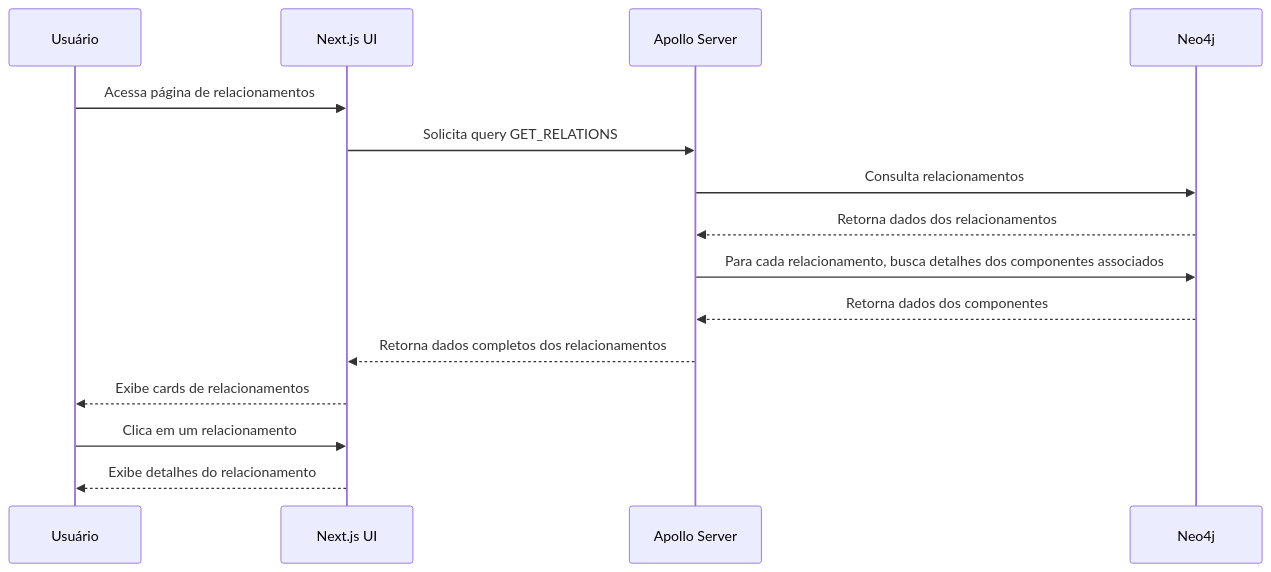
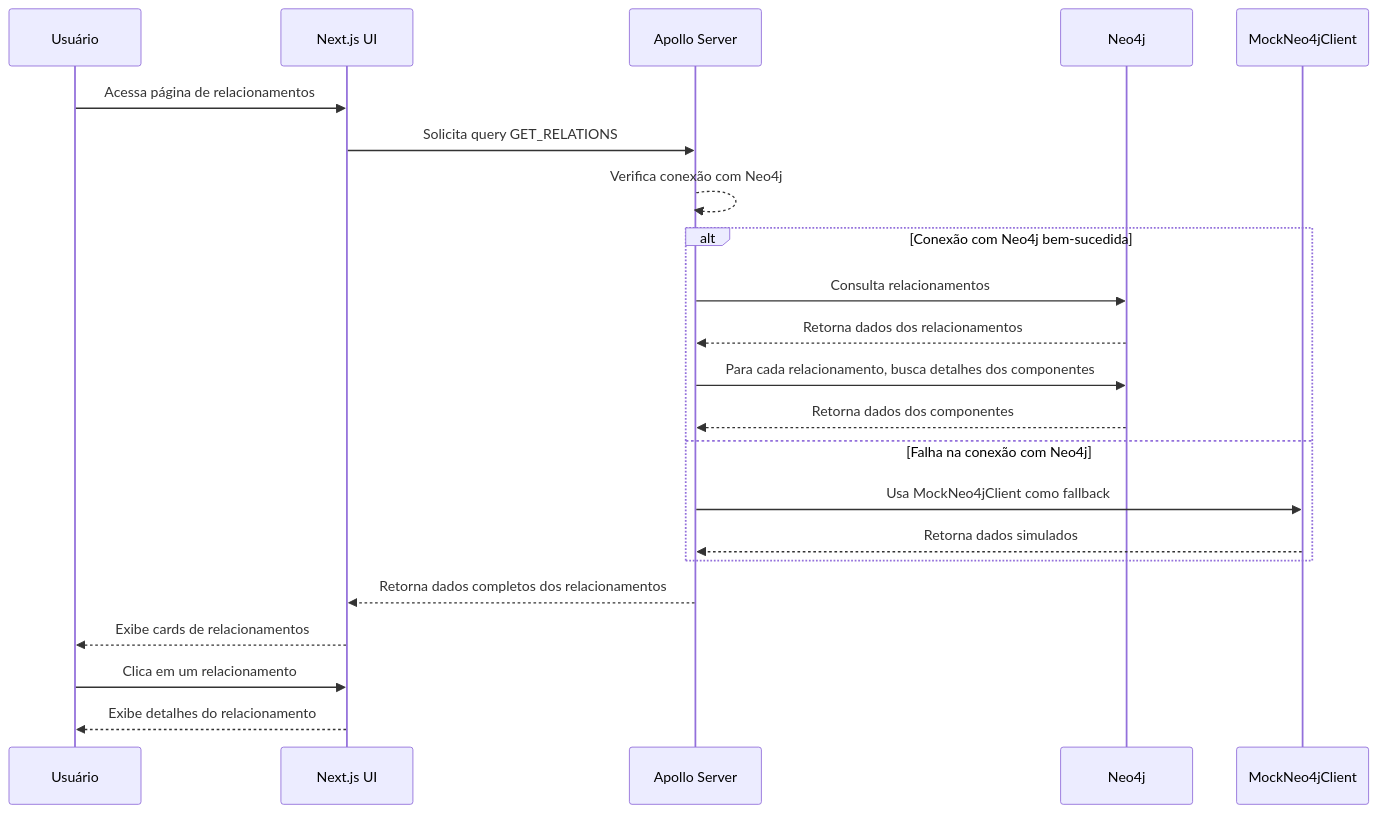
One commit to alecatuae/beaver changed the diagram in docs/fluxo_consulta_relacionamento.md. Above: the diagram before and after it, drawn with Mermaid. The commit also changed other lines of this file, not shown here.

````diff
--- a/docs/fluxo_consulta_relacionamento.md
+++ b/docs/fluxo_consulta_relacionamento.md
@@ -13,19 +14,28 @@
 ```mermaid
 sequenceDiagram
     participant User as Usuário
     participant UI as Next.js UI
     participant API as Apollo Server
     participant Neo4j
+    participant Mock as MockNeo4jClient
     
     User->>UI: Acessa página de relacionamentos
     UI->>API: Solicita query GET_RELATIONS
-    API->>Neo4j: Consulta relacionamentos
-    Neo4j-->>API: Retorna dados dos relacionamentos
-    API->>Neo4j: Para cada relacionamento, busca detalhes dos componentes associados
-    Neo4j-->>API: Retorna dados dos componentes
+    API-->>API: Verifica conexão com Neo4j
+    
+    alt Conexão com Neo4j bem-sucedida
+        API->>Neo4j: Consulta relacionamentos
+        Neo4j-->>API: Retorna dados dos relacionamentos
+        API->>Neo4j: Para cada relacionamento, busca detalhes dos componentes
+        Neo4j-->>API: Retorna dados dos componentes
+    else Falha na conexão com Neo4j
+        API->>Mock: Usa MockNeo4jClient como fallback
+        Mock-->>API: Retorna dados simulados
+    end
+    
     API-->>UI: Retorna dados completos dos relacionamentos
     UI-->>User: Exibe cards de relacionamentos
     
     User->>UI: Clica em um relacionamento
     UI-->>User: Exibe detalhes do relacionamento
 ```
````
